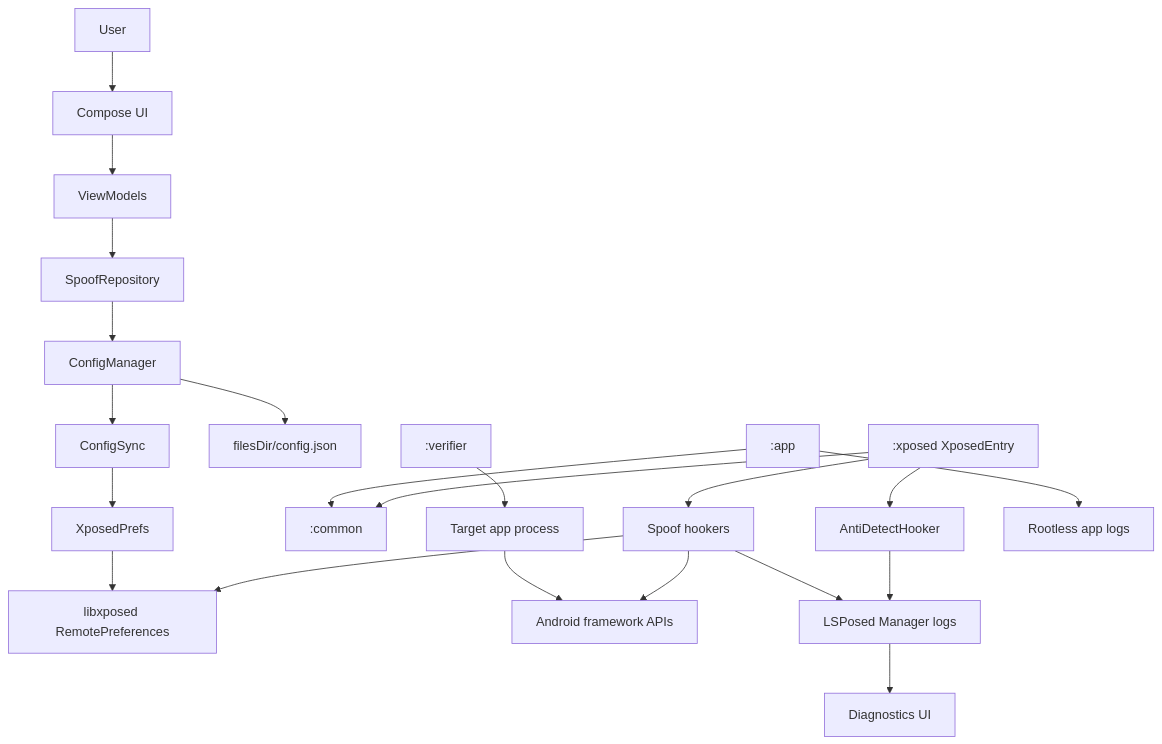
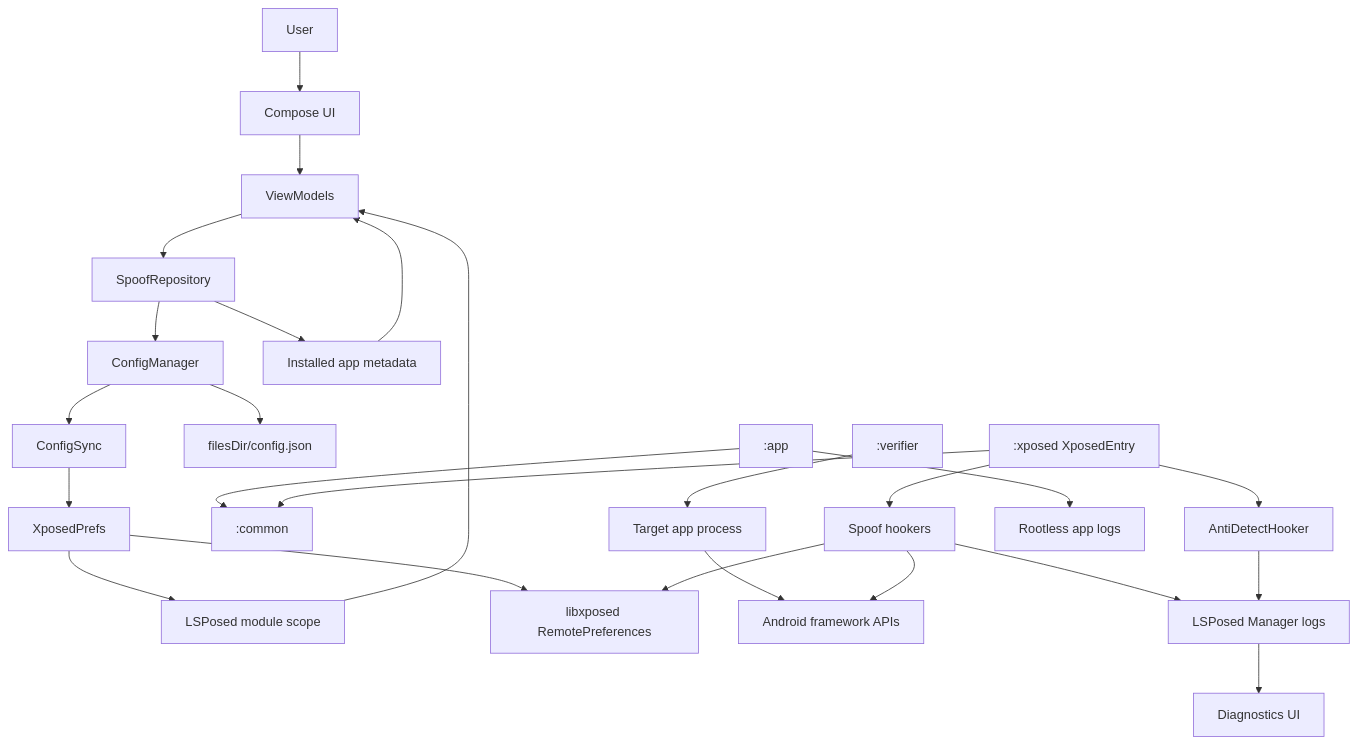
One commit to mohdakil2426/Device-Masker changed the first of 7 diagrams in docs/public/ARCHITECTURE.md. Above: the diagram before and after it, drawn with Mermaid. The commit also changed other lines of this file and 5 other files, not shown here.

First line of the commit message:
docs(architecture): record scoped apps boundaries

````diff
--- a/docs/public/ARCHITECTURE.md
+++ b/docs/public/ARCHITECTURE.md
@@ -24,40 +24,44 @@
 ```mermaid
 flowchart TD
     User["User"]
     App[":app"]
     UI["Compose UI"]
     VM["ViewModels"]
     Repo["SpoofRepository"]
     Config["ConfigManager"]
     Json["filesDir/config.json"]
     Sync["ConfigSync"]
     XPrefs["XposedPrefs"]
+    Scope["LSPosed module scope"]
+    Apps["Installed app metadata"]
     Remote["libxposed RemotePreferences"]
     Common[":common"]
     Verifier[":verifier"]
     Entry[":xposed XposedEntry"]
     Hookers["Spoof hookers"]
     Anti["AntiDetectHooker"]
     Target["Target app process"]
     Framework["Android framework APIs"]
     LSLogs["LSPosed Manager logs"]
     AppLogs["Rootless app logs"]
     DiagUI["Diagnostics UI"]
 
     User --> UI
     UI --> VM --> Repo --> Config
     Config --> Json
     Config --> Sync --> XPrefs --> Remote
+    XPrefs --> Scope --> VM
+    Repo --> Apps --> VM
     App --> Common
     Verifier --> Target
     Entry --> Common
     Entry --> Anti
     Entry --> Hookers
     Target --> Framework
     Hookers --> Framework
     Hookers --> Remote
     Hookers --> LSLogs
     Anti --> LSLogs
     App --> AppLogs
     LSLogs --> DiagUI
 ```
````
